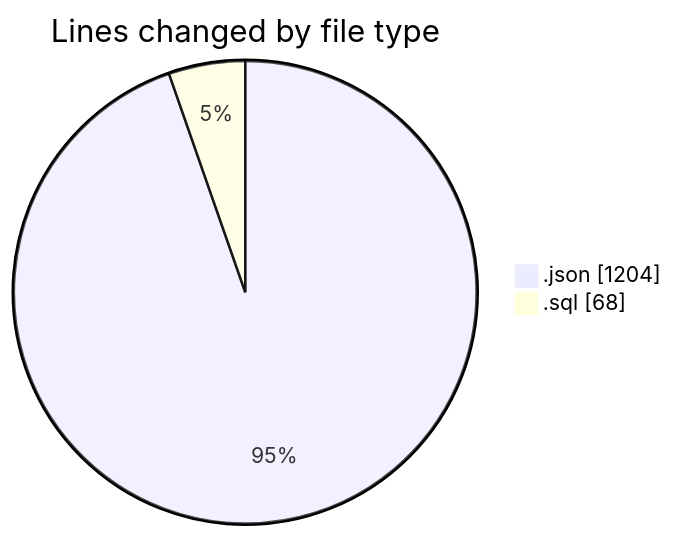
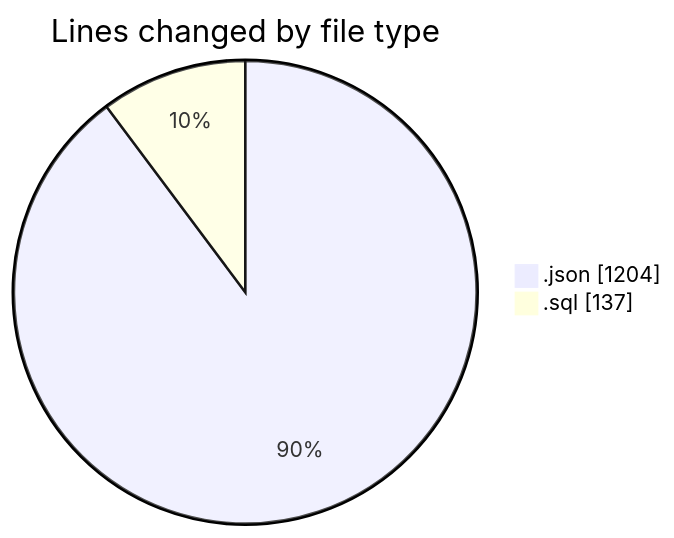
One commit to ricardozamudiocil/code-tracking changed the first of 2 diagrams in 2026-06-16/cilapp/README.md. Above: the diagram before and after it, drawn with Mermaid. The commit also changed other lines of this file and 1 other file, not shown here.

````diff
--- a/2026-06-16/cilapp/README.md
+++ b/2026-06-16/cilapp/README.md
@@ -21,6 +22,6 @@
 ```mermaid
 pie showData
 title Lines changed by file type
 ".json" : 1204
-".sql" : 68
+".sql" : 137
 ```
````
